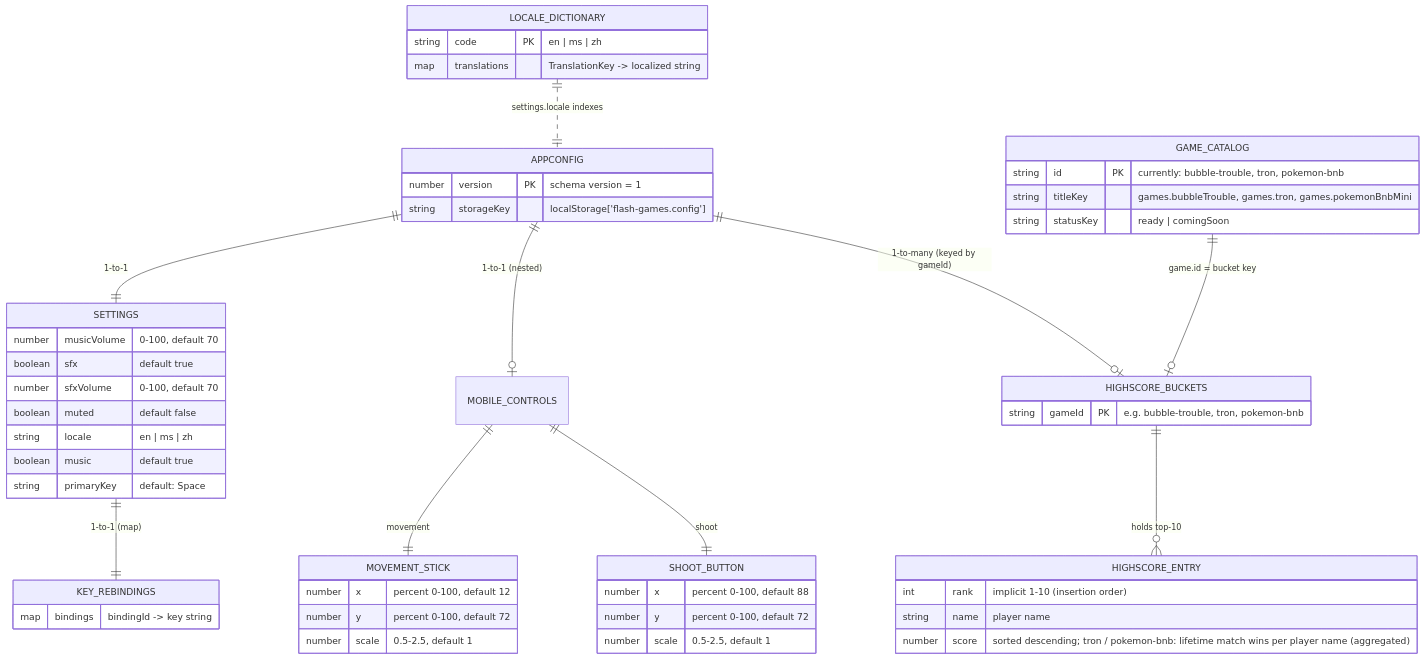
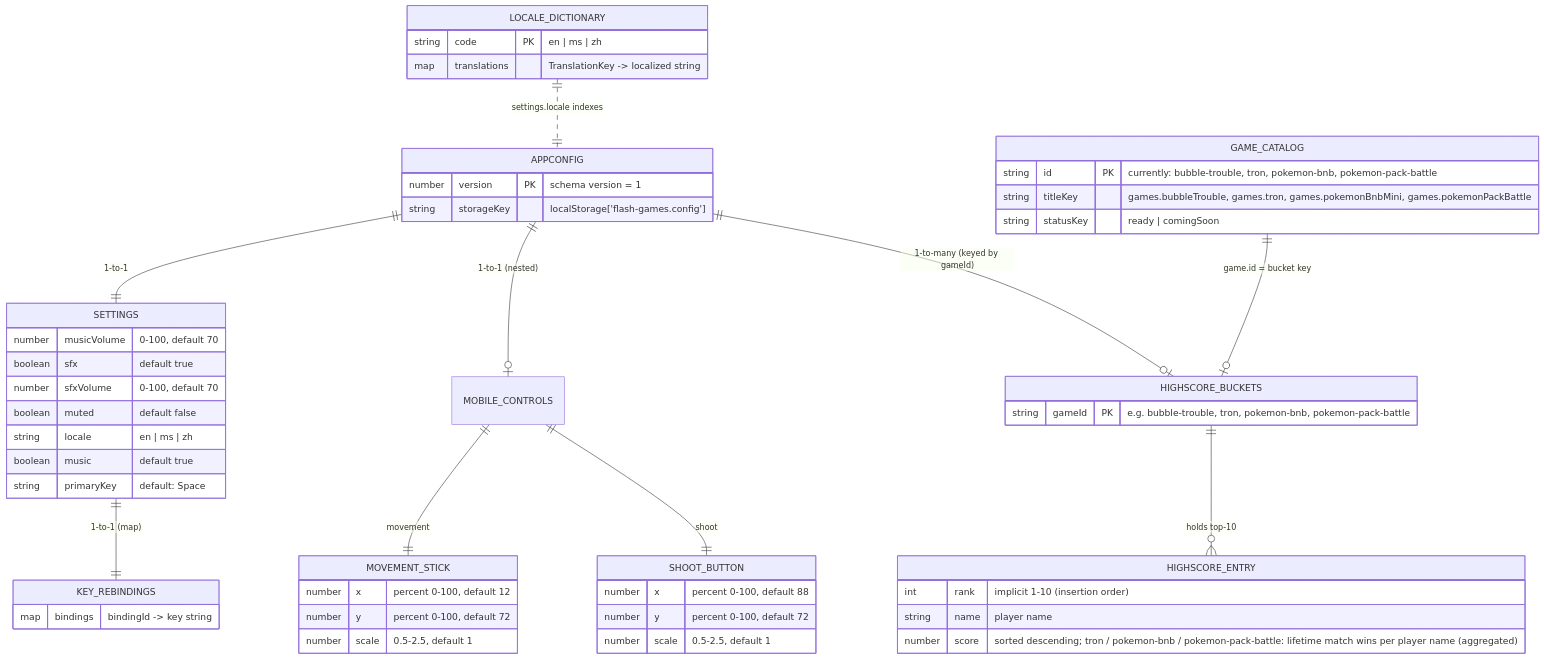
The diagram in .github/diagram/database-schema.md (EdwardOYM/react-flash-games), drawn with Mermaid before and after one commit. The commit also changed other lines of this file and 11 other files, not shown here.

Commit message:
feat(pokemon-pack-battle): add initial implementation for Pokémon Pack Battle, including game structure, styles, and localization

````diff
--- a/.github/diagram/database-schema.md
+++ b/.github/diagram/database-schema.md
@@ -31,61 +31,61 @@
 ```mermaid
 erDiagram
     APPCONFIG ||--|| SETTINGS : "1-to-1"
     APPCONFIG ||--o| MOBILE_CONTROLS : "1-to-1 (nested)"
     APPCONFIG ||--o| HIGHSCORE_BUCKETS : "1-to-many (keyed by gameId)"
     APPCONFIG {
         number version PK "schema version = 1"
         string storageKey "localStorage['flash-games.config']"
     }
 
     SETTINGS ||--|| KEY_REBINDINGS : "1-to-1 (map)"
     SETTINGS {
         number musicVolume "0-100, default 70"
         boolean sfx "default true"
         number sfxVolume "0-100, default 70"
         boolean muted "default false"
         string locale "en | ms | zh"
         boolean music "default true"
         string primaryKey "default: Space"
     }
 
     KEY_REBINDINGS {
         map bindings "bindingId -> key string"
     }
 
     MOBILE_CONTROLS ||--|| MOVEMENT_STICK : "movement"
     MOBILE_CONTROLS ||--|| SHOOT_BUTTON : "shoot"
     MOVEMENT_STICK {
         number x "percent 0-100, default 12"
         number y "percent 0-100, default 72"
         number scale "0.5-2.5, default 1"
     }
     SHOOT_BUTTON {
         number x "percent 0-100, default 88"
         number y "percent 0-100, default 72"
         number scale "0.5-2.5, default 1"
     }
 
     GAME_CATALOG {
-        string id PK "currently: bubble-trouble, tron, pokemon-bnb"
-        string titleKey "games.bubbleTrouble, games.tron, games.pokemonBnbMini"
+        string id PK "currently: bubble-trouble, tron, pokemon-bnb, pokemon-pack-battle"
+        string titleKey "games.bubbleTrouble, games.tron, games.pokemonBnbMini, games.pokemonPackBattle"
         string statusKey "ready | comingSoon"
     }
     GAME_CATALOG ||--o| HIGHSCORE_BUCKETS : "game.id = bucket key"
 
     HIGHSCORE_BUCKETS {
-        string gameId PK "e.g. bubble-trouble, tron, pokemon-bnb"
+        string gameId PK "e.g. bubble-trouble, tron, pokemon-bnb, pokemon-pack-battle"
     }
     HIGHSCORE_BUCKETS ||--o{ HIGHSCORE_ENTRY : "holds top-10"
     HIGHSCORE_ENTRY {
         int rank "implicit 1-10 (insertion order)"
         string name "player name"
-        number score "sorted descending; tron / pokemon-bnb: lifetime match wins per player name (aggregated)"
+        number score "sorted descending; tron / pokemon-bnb / pokemon-pack-battle: lifetime match wins per player name (aggregated)"
     }
 
     LOCALE_DICTIONARY ||..|| APPCONFIG : "settings.locale indexes"
     LOCALE_DICTIONARY {
         string code PK "en | ms | zh"
         map translations "TranslationKey -> localized string"
     }
 ```
````
